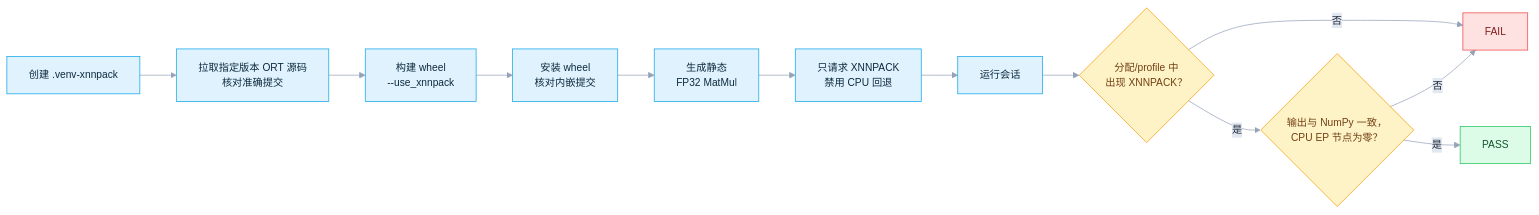
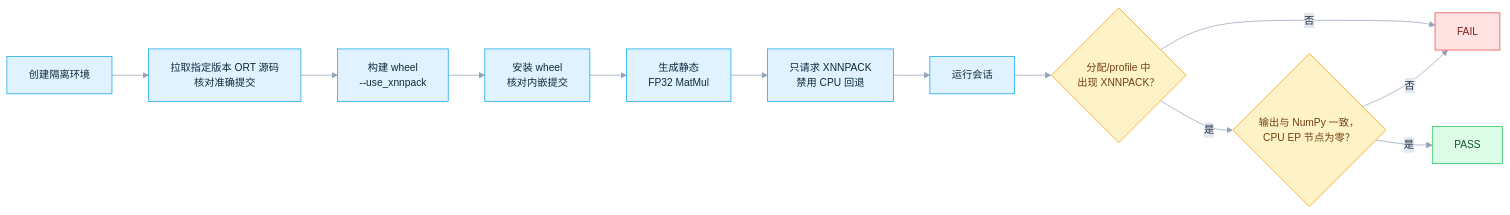
One commit to DakeQQ/Tutorial-ONNX-Runtime-Execution-Providers changed the fourth of 11 diagrams in XNNPACK/README.zh-CN.md. Above: the diagram before and after it, drawn with Mermaid. The commit also changed other lines of this file and 42 other files, not shown here.

````diff
--- a/XNNPACK/README.zh-CN.md
+++ b/XNNPACK/README.zh-CN.md
@@ -231,23 +232,23 @@
 ```mermaid
 %%{init: {"theme":"base","themeVariables":{"fontSize":"14px","lineColor":"#94a3b8","edgeLabelBackground":"#e2e8f0","primaryTextColor":"#1e293b"}}}%%
 flowchart LR
-    A["创建 .venv-xnnpack"] --> B["拉取指定版本 ORT 源码<br/>核对准确提交"]
+    A["创建隔离环境"] --> B["拉取指定版本 ORT 源码<br/>核对准确提交"]
     B --> C["构建 wheel<br/>--use_xnnpack"]
     C --> D["安装 wheel<br/>核对内嵌提交"]
     D --> E["生成静态<br/>FP32 MatMul"]
     E --> F["只请求 XNNPACK<br/>禁用 CPU 回退"]
     F --> G["运行会话"]
     G --> H{"分配/profile 中<br/>出现 XNNPACK？"}
     H -->|否| X["FAIL"]
     H -->|是| I{"输出与 NumPy 一致，<br/>CPU EP 节点为零？"}
     I -->|否| X
     I -->|是| K["PASS"]
     classDef step fill:#e0f2fe,stroke:#0ea5e9,color:#0c2a3d;
     classDef dec fill:#fef3c7,stroke:#f59e0b,color:#713f12;
     classDef good fill:#dcfce7,stroke:#22c55e,color:#14532d;
     classDef bad fill:#fee2e2,stroke:#ef4444,color:#7f1d1d;
     class A,B,C,D,E,F,G step;
     class H,I dec;
     class K good;
     class X bad;
 ```
````
